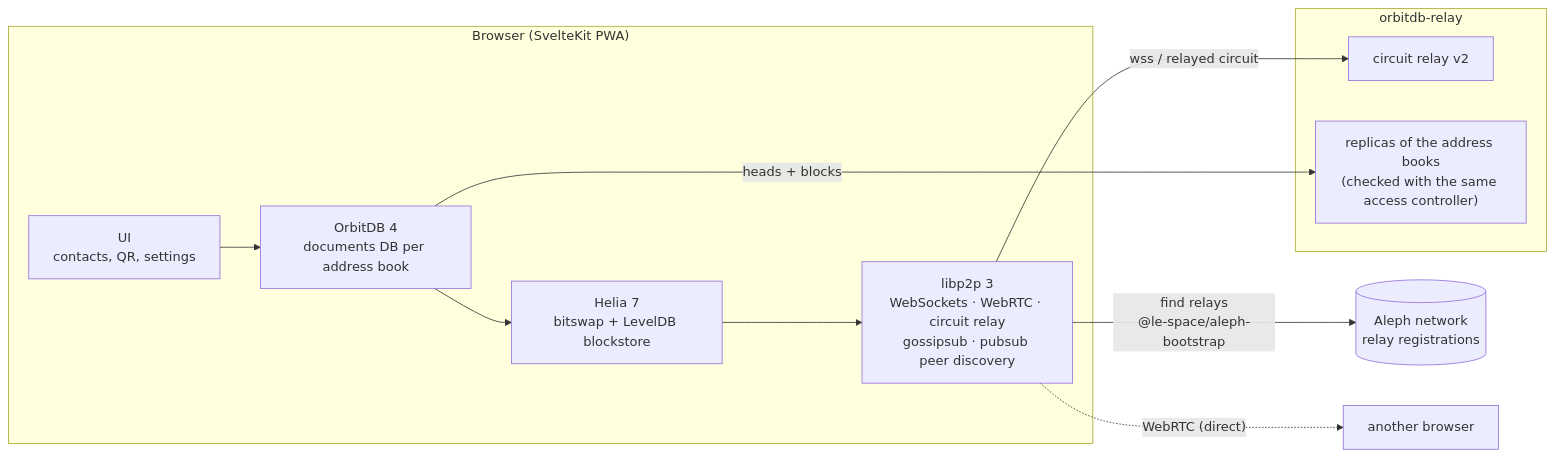
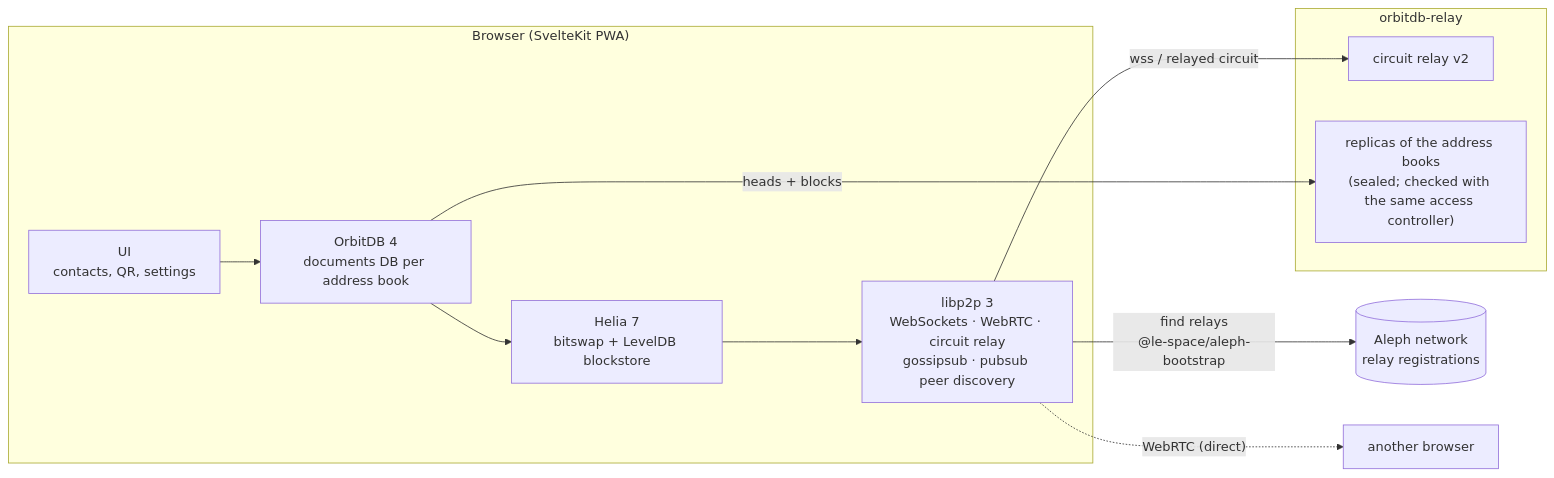
The first of 3 diagrams in docs/how-it-works.md (NiKrause/deContact), drawn with Mermaid before and after one commit. The commit also changed other lines of this file and 23 other files, not shown here.

````diff
--- a/docs/how-it-works.md
+++ b/docs/how-it-works.md
@@ -12,22 +13,22 @@
 ```mermaid
 flowchart LR
     subgraph Browser["Browser (SvelteKit PWA)"]
         UI["UI<br/>contacts, QR, settings"]
         ODB["OrbitDB 4<br/>documents DB per address book"]
         H["Helia 7<br/>bitswap + LevelDB blockstore"]
         L["libp2p 3<br/>WebSockets · WebRTC · circuit relay<br/>gossipsub · pubsub peer discovery"]
         UI --> ODB --> H --> L
     end
 
     subgraph Relay["orbitdb-relay"]
         CR["circuit relay v2"]
-        REP["replicas of the address books<br/>(checked with the same access controller)"]
+        REP["replicas of the address books<br/>(sealed; checked with the same access controller)"]
     end
 
     ALEPH[("Aleph network<br/>relay registrations")]
 
     L -- "wss / relayed circuit" --> CR
     L -. "WebRTC (direct)" .-> L2["another browser"]
     L -- "find relays<br/>@le-space/aleph-bootstrap" --> ALEPH
     ODB -- "heads + blocks" --> REP
 ```
````
